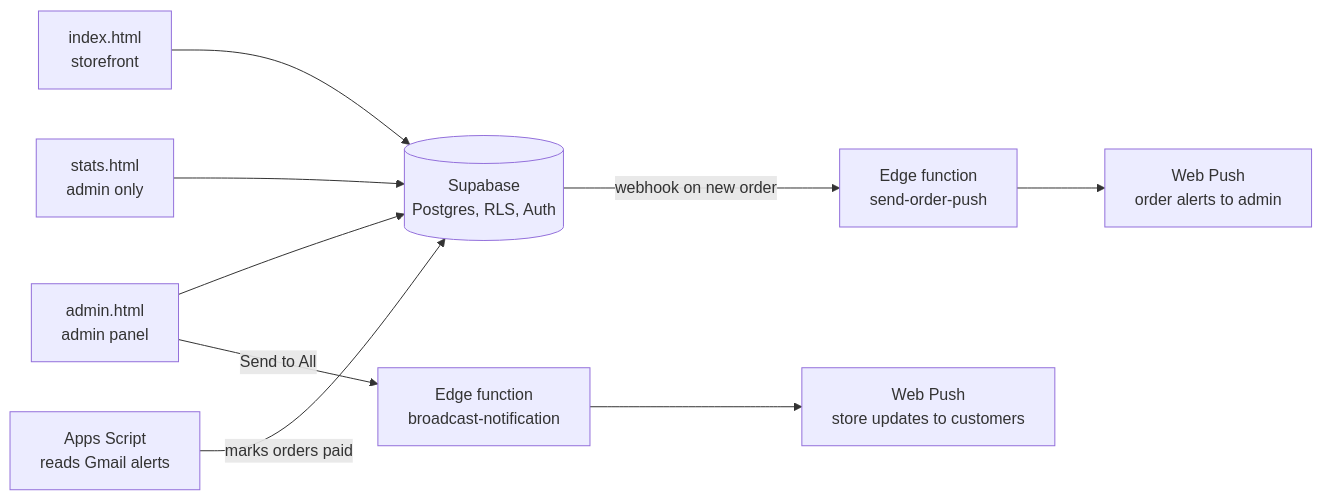
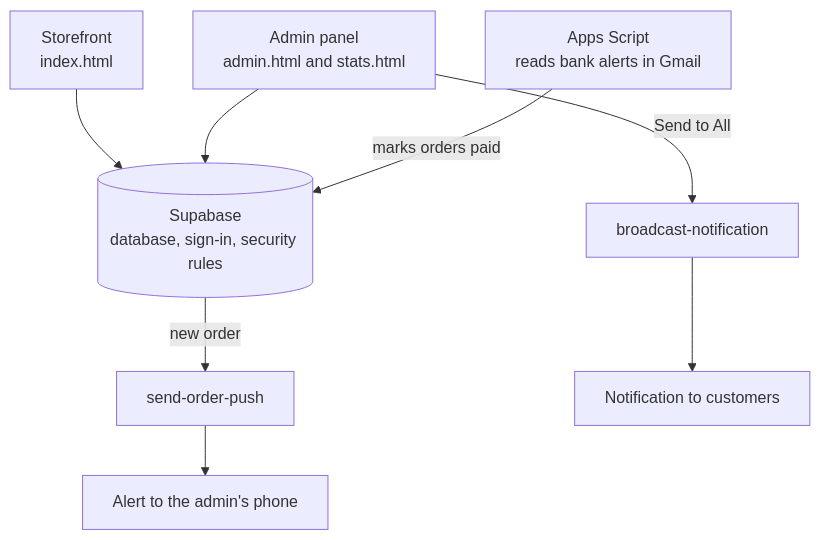
Before and after one commit to satyam-64136/My-store: the first of 6 diagrams in README.md, drawn with Mermaid. The commit also changed other lines of this file, not shown here.

````diff
--- a/README.md
+++ b/README.md
@@ -65,11 +65,10 @@
 ```mermaid
-flowchart LR
-  A["index.html<br/>storefront"] --> D[("Supabase<br/>Postgres, RLS, Auth")]
-  B["admin.html<br/>admin panel"] --> D
-  S["stats.html<br/>admin only"] --> D
-  G["Apps Script<br/>reads Gmail alerts"] -- "marks orders paid" --> D
-  D -- "webhook on new order" --> E["Edge function<br/>send-order-push"]
-  E --> P["Web Push<br/>order alerts to admin"]
-  B -- "Send to All" --> BN["Edge function<br/>broadcast-notification"]
-  BN --> CP["Web Push<br/>store updates to customers"]
+flowchart TD
+  A["Storefront<br/>index.html"] --> D[("Supabase<br/>database, sign-in, security rules")]
+  B["Admin panel<br/>admin.html and stats.html"] --> D
+  G["Apps Script<br/>reads bank alerts in Gmail"] -- "marks orders paid" --> D
+  D -- "new order" --> E["send-order-push"]
+  E --> P1["Alert to the admin's phone"]
+  B -- "Send to All" --> F["broadcast-notification"]
+  F --> P2["Notification to customers"]
 ```
````
